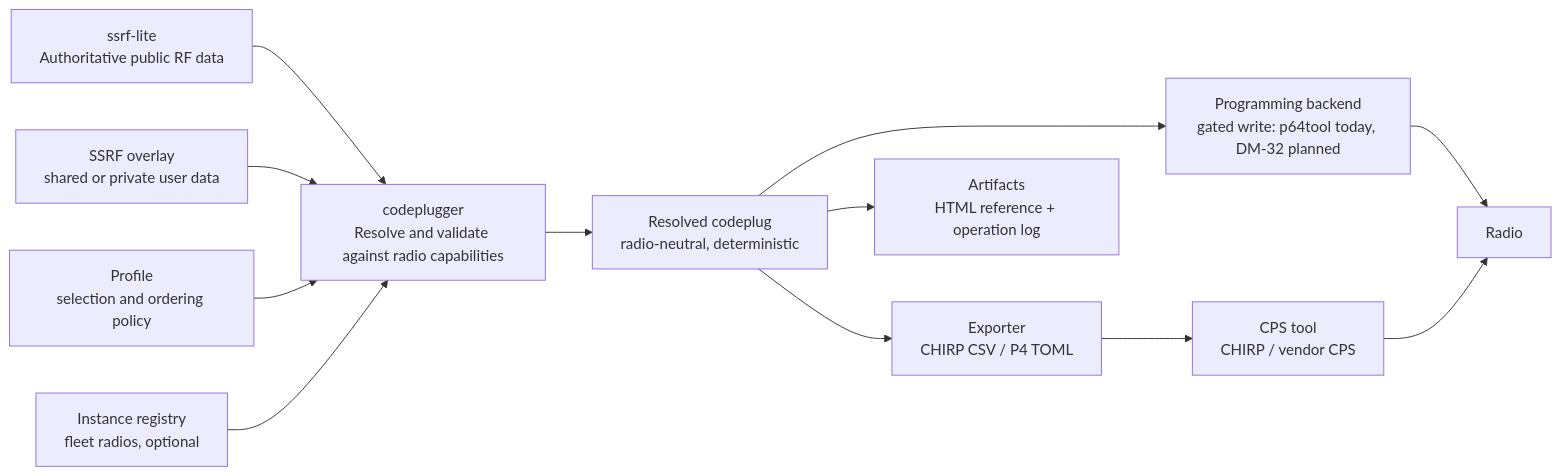
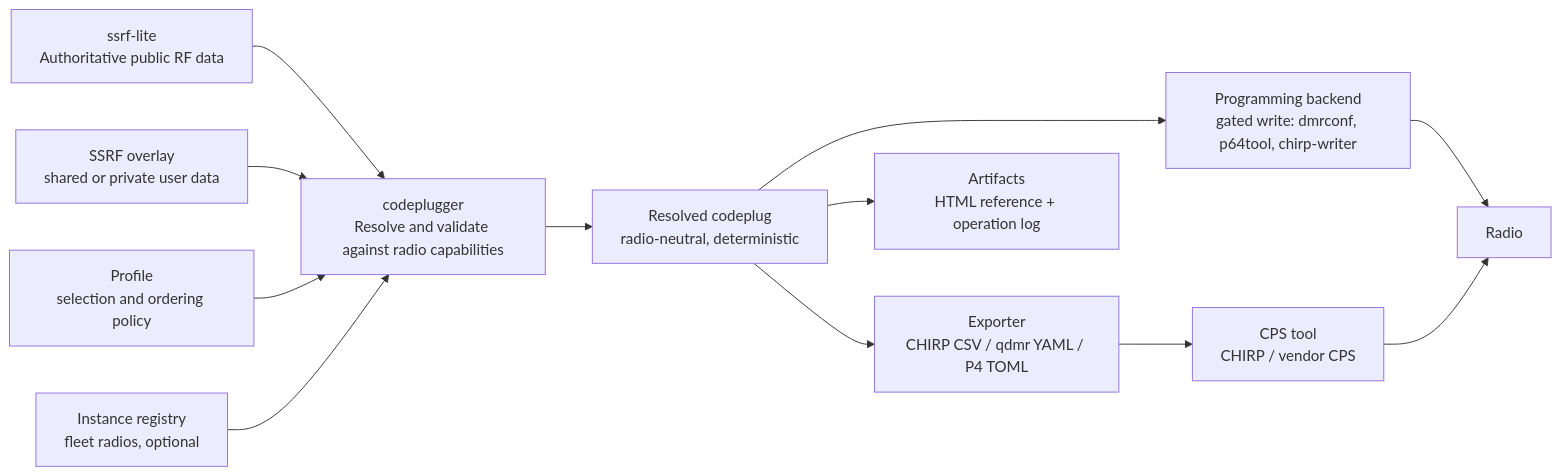
The diagram in README.md (Chicago-Offline/codeplugger), drawn with Mermaid before and after one commit. The commit also changed other lines of this file and 14 other files, not shown here.

````diff
--- a/README.md
+++ b/README.md
@@ -18,23 +18,23 @@
 ```mermaid
 flowchart LR
     public["ssrf-lite<br/>Authoritative public RF data"]
     private["SSRF overlay<br/>shared or private user data"]
     profile["Profile<br/>selection and ordering policy"]
     registry["Instance registry<br/>fleet radios, optional"]
     resolve["codeplugger<br/>Resolve and validate against radio capabilities"]
     resolved["Resolved codeplug<br/>radio-neutral, deterministic"]
-    backend["Programming backend<br/>gated write: p64tool today, DM-32 planned"]
-    exporter["Exporter<br/>CHIRP CSV / P4 TOML"]
+    backend["Programming backend<br/>gated write: dmrconf, p64tool, chirp-writer"]
+    exporter["Exporter<br/>CHIRP CSV / qdmr YAML / P4 TOML"]
     cps["CPS tool<br/>CHIRP / vendor CPS"]
     artifacts["Artifacts<br/>HTML reference + operation log"]
     radio["Radio"]
 
     public --> resolve
     private --> resolve
     profile --> resolve
     registry --> resolve
     resolve --> resolved
     resolved --> backend --> radio
     resolved --> exporter --> cps --> radio
     resolved --> artifacts
 ```
````
